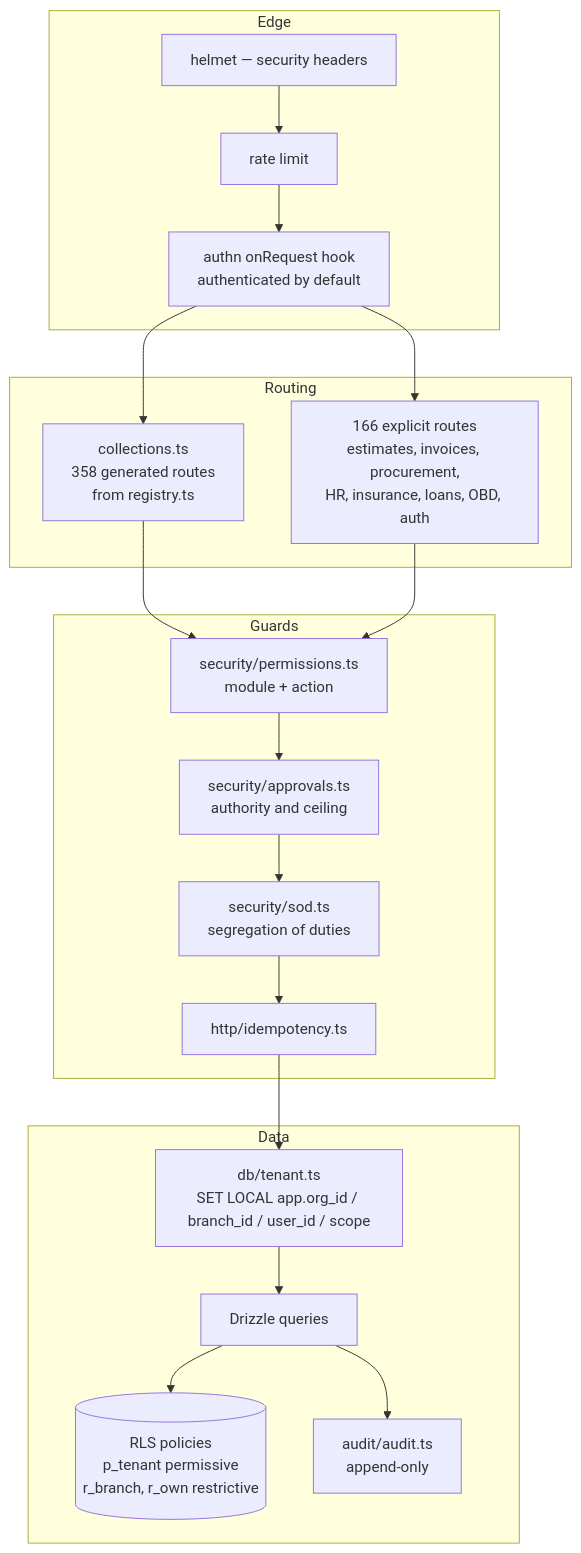
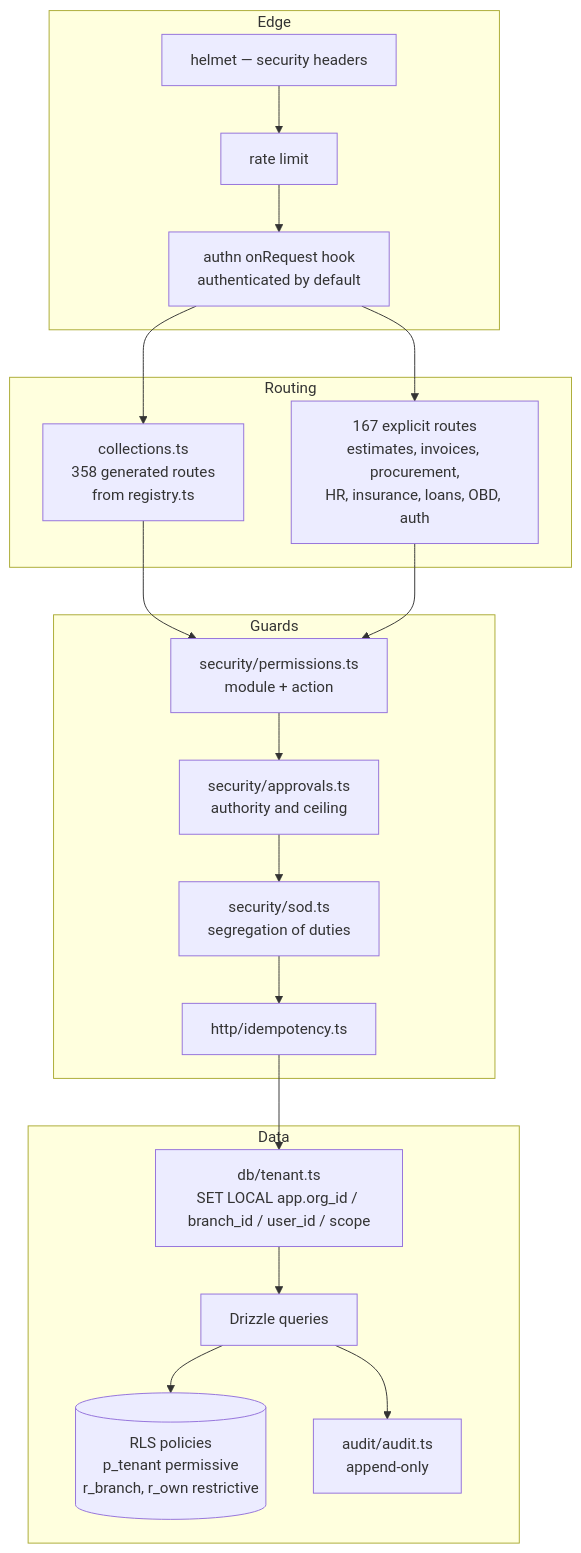
Before and after one commit to tazamohd/SlClNe: the third of 4 diagrams in docs/15_C4_ARCHITECTURE_DIAGRAMS/C4_MODEL.md, drawn with Mermaid. The commit also changed other lines of this file and 42 other files, not shown here.

````diff
--- a/docs/15_C4_ARCHITECTURE_DIAGRAMS/C4_MODEL.md
+++ b/docs/15_C4_ARCHITECTURE_DIAGRAMS/C4_MODEL.md
@@ -60,29 +60,29 @@
 ```mermaid
 flowchart TB
   subgraph edge[Edge]
     helmet["helmet — security headers"]
     rl["rate limit"]
     authn["authn onRequest hook<br/>authenticated by default"]
   end
   subgraph routing[Routing]
     generic["collections.ts<br/>358 generated routes<br/>from registry.ts"]
-    explicit["166 explicit routes<br/>estimates, invoices, procurement,<br/>HR, insurance, loans, OBD, auth"]
+    explicit["167 explicit routes<br/>estimates, invoices, procurement,<br/>HR, insurance, loans, OBD, auth"]
   end
   subgraph guards[Guards]
     perms["security/permissions.ts<br/>module + action"]
     approvals["security/approvals.ts<br/>authority and ceiling"]
     sod["security/sod.ts<br/>segregation of duties"]
     idem["http/idempotency.ts"]
   end
   subgraph data[Data]
     tenant["db/tenant.ts<br/>SET LOCAL app.org_id / branch_id / user_id / scope"]
     drizzle["Drizzle queries"]
     rls[("RLS policies<br/>p_tenant permissive<br/>r_branch, r_own restrictive")]
     audit["audit/audit.ts<br/>append-only"]
   end
   helmet --> rl --> authn --> generic
   authn --> explicit
   generic --> perms
   explicit --> perms --> approvals --> sod --> idem --> tenant --> drizzle --> rls
   drizzle --> audit
 ```
````
